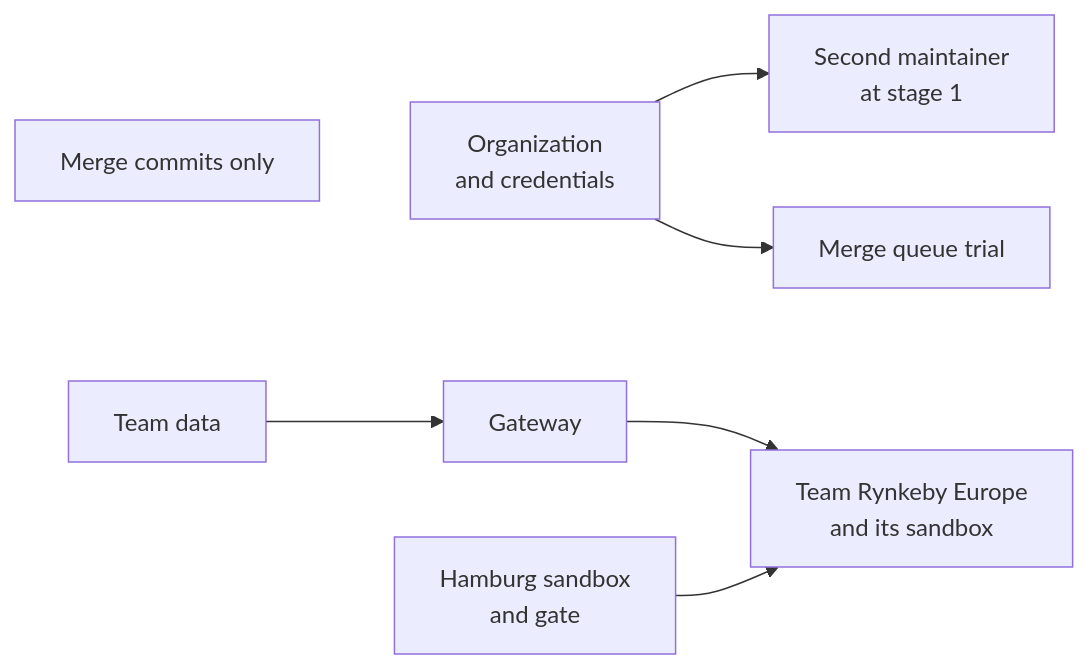
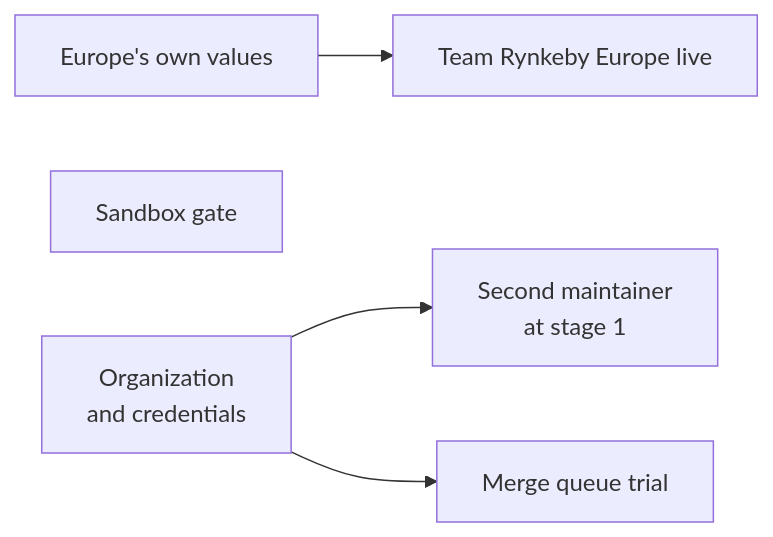
Before and after one commit to SaSteffen/RynkePoints: diagram 11 of 11 in docs/architecture-and-collaboration.md, drawn with Mermaid. The commit also changed other lines of this file and 4 other files, not shown here.

First line of the commit message:
docs: bring the architecture page up to date, drop the description plan

````diff
--- a/docs/architecture-and-collaboration.md
+++ b/docs/architecture-and-collaboration.md
@@ -493,17 +477,11 @@
 ```mermaid
 flowchart LR
-    squash["Merge commits only"]
+    values["Europe's own values"] --> europe["Team Rynkeby Europe live"]
+    gate["Sandbox gate"]
     org["Organization<br/>and credentials"]
     second["Second maintainer<br/>at stage 1"]
     queue["Merge queue trial"]
-    sandbox["Hamburg sandbox<br/>and gate"]
-    teamdata["Team data"]
-    gateway["Gateway"]
-    europe["Team Rynkeby Europe<br/>and its sandbox"]
 
     org --> second
     org --> queue
-    teamdata --> gateway --> europe
-    sandbox --> europe
-    squash ~~~ org
 ```
````
